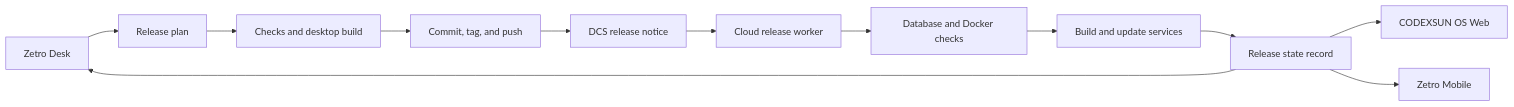
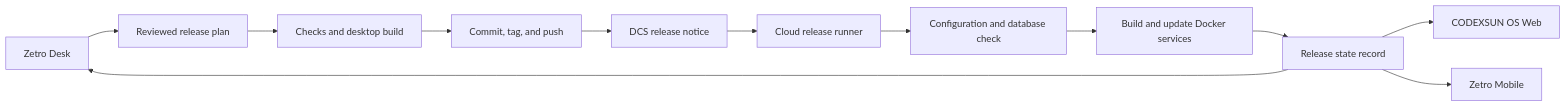
Before and after one commit to CODEXSUN/codexsun-qcafe: the diagram in apps/docs/content/release-task-system.md, drawn with Mermaid. The commit also changed other lines of this file and 73 other files, not shown here.

````diff
--- a/apps/docs/content/release-task-system.md
+++ b/apps/docs/content/release-task-system.md
@@ -5,14 +7,14 @@
 ```mermaid
 flowchart LR
-  Desk[Zetro Desk] --> Plan[Release plan]
+  Desk[Zetro Desk] --> Plan[Reviewed release plan]
   Plan --> Check[Checks and desktop build]
   Check --> Git[Commit, tag, and push]
   Git --> Notice[DCS release notice]
-  Notice --> Cloud[Cloud release worker]
-  Cloud --> Validate[Database and Docker checks]
-  Validate --> Deploy[Build and update services]
+  Notice --> Cloud[Cloud release runner]
+  Cloud --> Validate[Configuration and database check]
+  Validate --> Deploy[Build and update Docker services]
   Deploy --> State[Release state record]
   State --> Web[CODEXSUN OS Web]
   State --> Desk
   State --> Mobile[Zetro Mobile]
 ```
````
